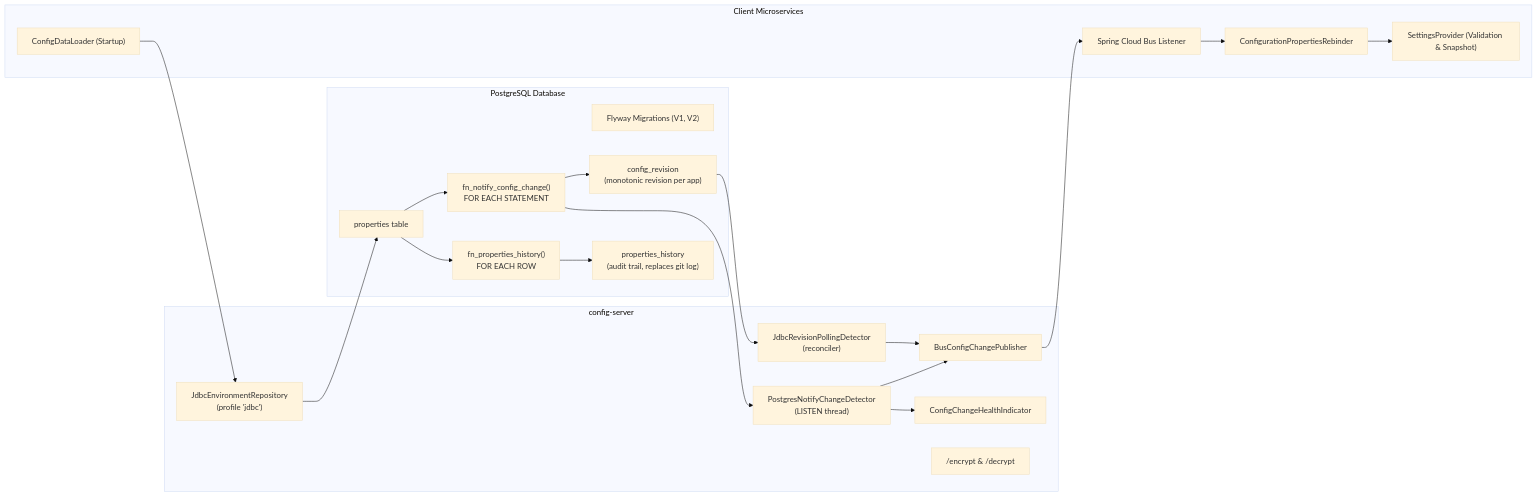
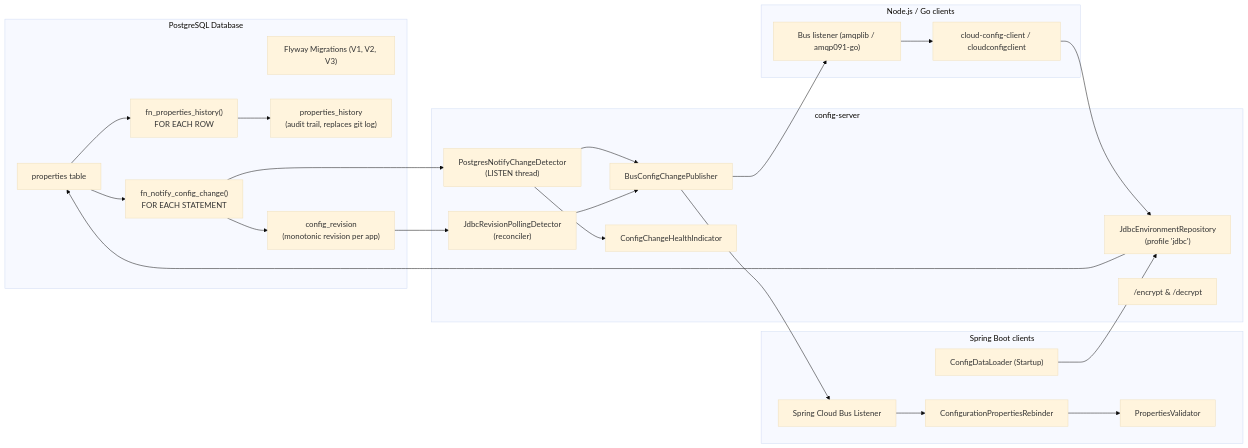
One commit to kirankumarhm/springboot-config-server-external-properties-demo changed the second of 4 diagrams in version-b-jdbc/README.md. Above: the diagram before and after it, drawn with Mermaid (base theme). The commit also changed other lines of this file and 438 other files, not shown here.

````diff
--- a/version-b-jdbc/README.md
+++ b/version-b-jdbc/README.md
@@ -62,42 +79,48 @@
 ```mermaid
 graph LR
     subgraph PostgreSQL["PostgreSQL Database"]
-        Flyway["Flyway Migrations (V1, V2)"]
+        Flyway["Flyway Migrations (V1, V2, V3)"]
         PropsTable["properties table"]
         HistTable["properties_history<br/>(audit trail, replaces git log)"]
         RevTable["config_revision<br/>(monotonic revision per app)"]
         NotifyFunc["fn_notify_config_change()<br/>FOR EACH STATEMENT"]
         HistFunc["fn_properties_history()<br/>FOR EACH ROW"]
     end
 
     subgraph ConfigServer["config-server"]
         JdbcRepo["JdbcEnvironmentRepository<br/>(profile 'jdbc')"]
         ListenerThread["PostgresNotifyChangeDetector<br/>(LISTEN thread)"]
         RevPoller["JdbcRevisionPollingDetector<br/>(reconciler)"]
         Publisher["BusConfigChangePublisher"]
         Health["ConfigChangeHealthIndicator"]
         EncController["/encrypt & /decrypt"]
     end
 
-    subgraph Clients["Client Microservices"]
+    subgraph Clients["Spring Boot clients"]
         ConfigDataLoader["ConfigDataLoader (Startup)"]
         Rebinder["ConfigurationPropertiesRebinder"]
-        Provider["SettingsProvider (Validation & Snapshot)"]
+        Provider["PropertiesValidator"]
         BusListener["Spring Cloud Bus Listener"]
+    end
+
+    subgraph Polyglot["Node.js / Go clients"]
+        Lib["cloud-config-client / cloudconfigclient"]
+        OwnBus["Bus listener (amqplib / amqp091-go)"]
     end
 
     PropsTable --> NotifyFunc
     PropsTable --> HistFunc
     HistFunc --> HistTable
     NotifyFunc --> RevTable
     NotifyFunc --> ListenerThread
     RevTable --> RevPoller
     ListenerThread --> Publisher
     RevPoller --> Publisher
     ListenerThread --> Health
     Publisher --> BusListener
+    Publisher --> OwnBus --> Lib --> JdbcRepo
     BusListener --> Rebinder
     Rebinder --> Provider
     ConfigDataLoader --> JdbcRepo
     JdbcRepo --> PropsTable
 ```
````
